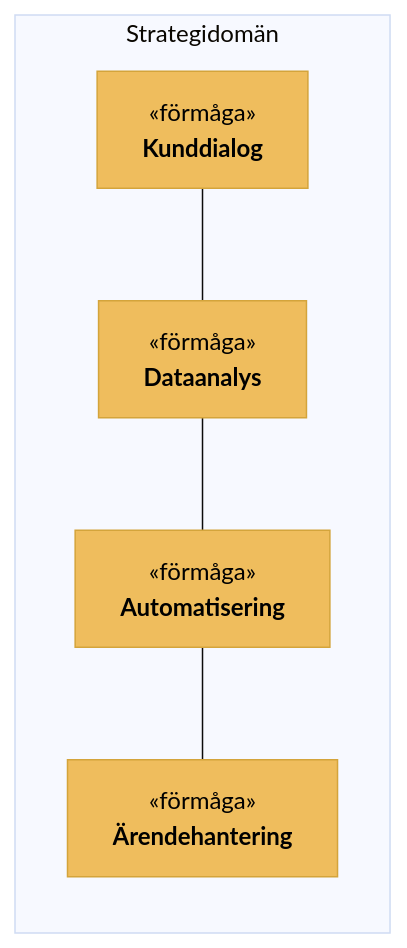
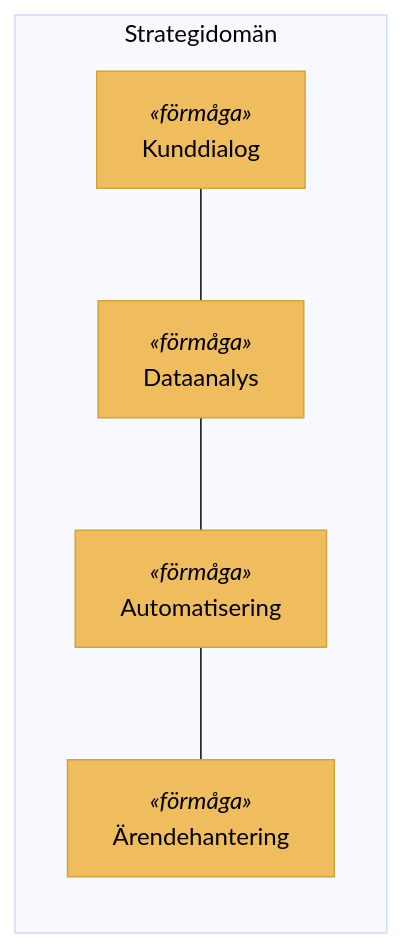
One commit to yllemo/runewiki changed the fifth of 12 diagrams in skills/archimate-4-mermaid/SKILL.md. Above: the diagram before and after it, drawn with Mermaid. The commit also changed other lines of this file and 3 other files, not shown here.

Commit message:
Add chat Mermaid viewer and ArchiMate command; name exports after wiki

````diff
--- a/skills/archimate-4-mermaid/SKILL.md
+++ b/skills/archimate-4-mermaid/SKILL.md
@@ -243,14 +272,16 @@
 ```mermaid
 %%{init: {"theme": "base", "securityLevel": "loose", "flowchart": {"htmlLabels": true}} }%%
 flowchart LR
     subgraph STR["Strategidomän"]
-        C1["«förmåga»<br/><b>Kunddialog</b>"]:::strategy
-        C2["«förmåga»<br/><b>Dataanalys</b>"]:::strategy
-        C3["«förmåga»<br/><b>Automatisering</b>"]:::strategy
-        C4["«förmåga»<br/><b>Ärendehantering</b>"]:::strategy
+        C1["<span style='color:#555555;font-size:0.75em;font-style:italic;'>«förmåga»</span><br/>Kunddialog"]:::strategy
+        C2["<span style='color:#555555;font-size:0.75em;font-style:italic;'>«förmåga»</span><br/>Dataanalys"]:::strategy
+        C3["<span style='color:#555555;font-size:0.75em;font-style:italic;'>«förmåga»</span><br/>Automatisering"]:::strategy
+        C4["<span style='color:#555555;font-size:0.75em;font-style:italic;'>«förmåga»</span><br/>Ärendehantering"]:::strategy
     end
 
-    C1 --- C2 --- C3 --- C4
+    C1 --- C2
+    C2 --- C3
+    C3 --- C4
 
-    classDef strategy fill:#EFBD5D,stroke:#D4A43B,stroke-width:1px,color:#000;
+    classDef strategy fill:#EFBD5D,stroke:#D4A43B,stroke-width:1px,color:#000000;
 ```
````
